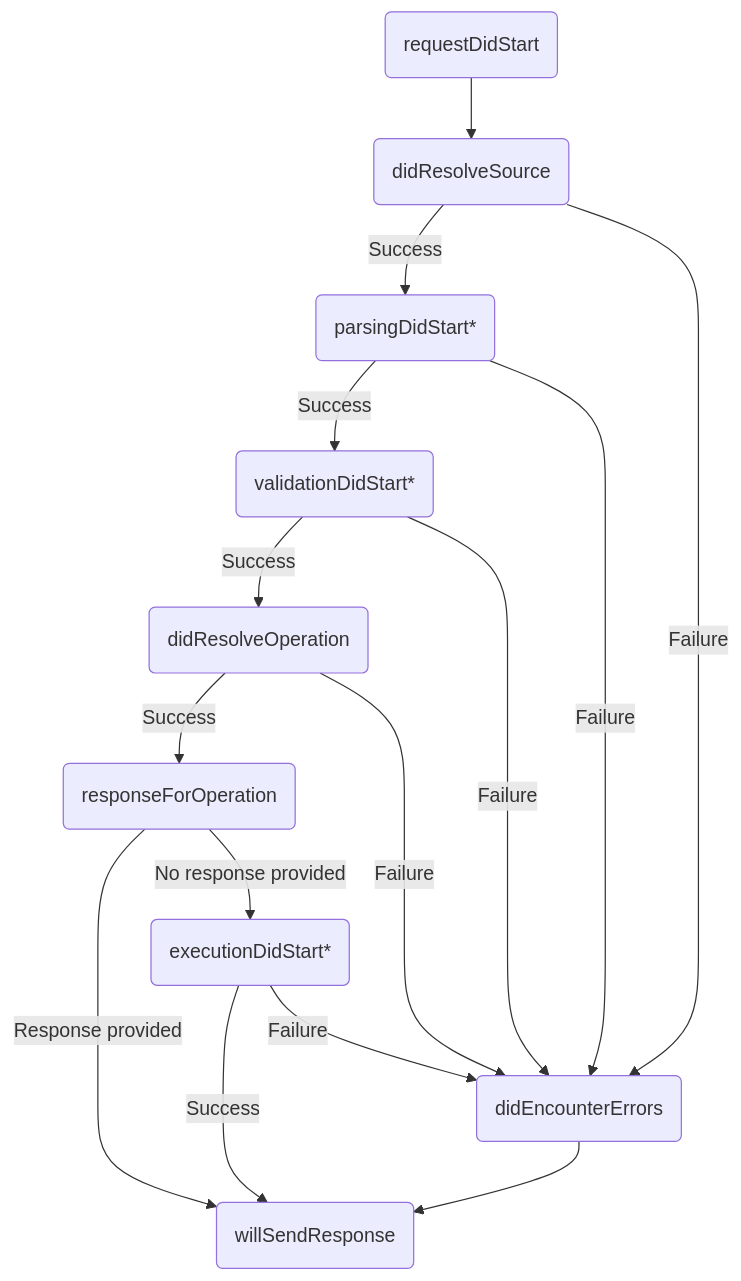
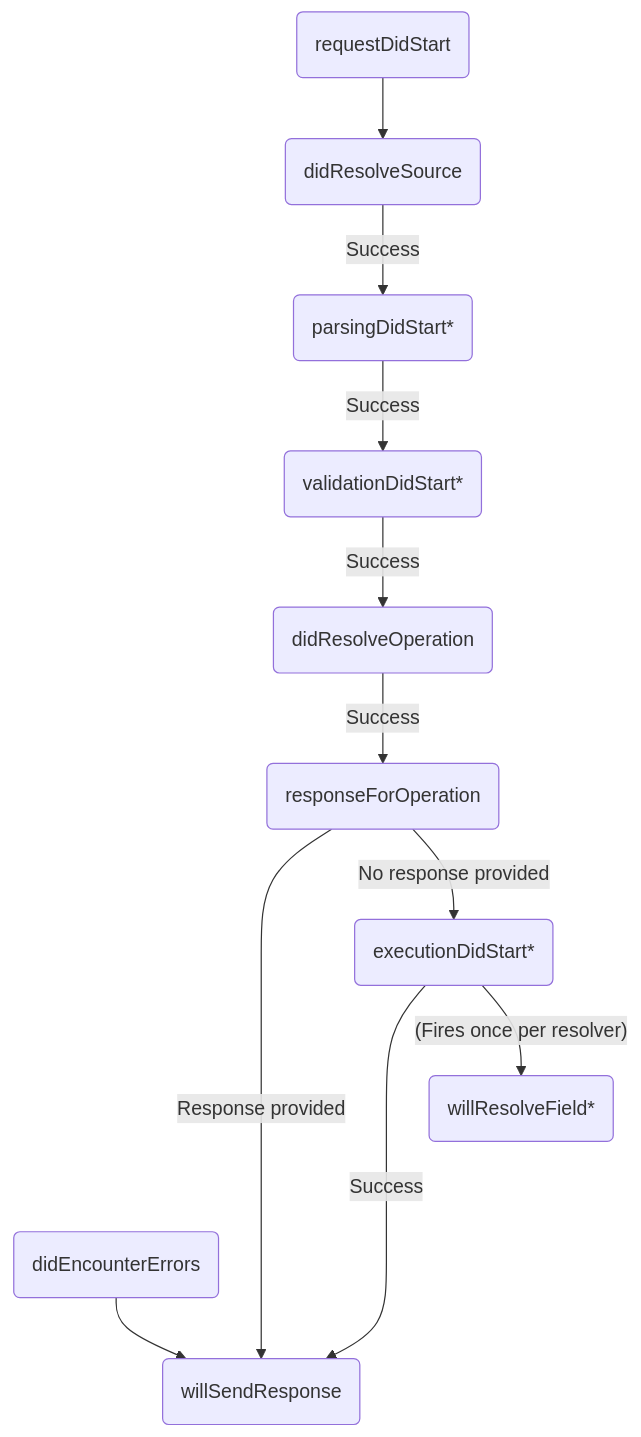
Before and after one commit to Goldfarbof/apollo-server: the diagram in docs/source/integrations/plugins.md, drawn with Mermaid. The commit also changed other lines of this file and 3 other files, not shown here.

First line of the commit message:
docs: document ApolloServer.stop, serverWillStop, willResolveField (#4913)

````diff
--- a/docs/source/integrations/plugins.md
+++ b/docs/source/integrations/plugins.md
@@ -122,17 +124,19 @@
 ```mermaid
 graph TB;
   request(requestDidStart) --> resolveSource(didResolveSource);
   resolveSource --"Success"--> parsing(parsingDidStart*);
   parsing --"Success"--> validation(validationDidStart*);
   validation --"Success"--> resolveOperation(didResolveOperation);
   resolveOperation --"Success"--> response(responseForOperation);
   execution(executionDidStart*);
+  resolveField(willResolveField*);
   errors(didEncounterErrors);
+  errors --> send;
   response --"Response provided"--> send;
   response --"No response provided"--> execution;
-  execution --"Success"--> send(willSendResponse);
+  execution ---->|"Success"| send(willSendResponse);
+  execution --"(Fires once per resolver)"-->resolveField;
 
-  execution & resolveSource & resolveOperation & parsing & validation --"Failure"--> errors;
-  errors --> send;
-  class server,request secondary;
+
+  class errors secondary;
 ```
````
